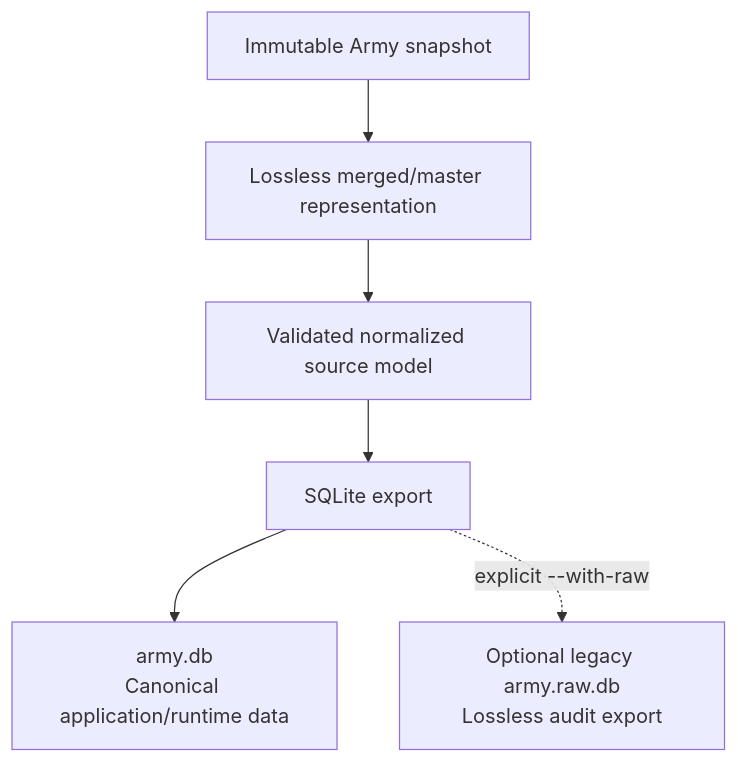
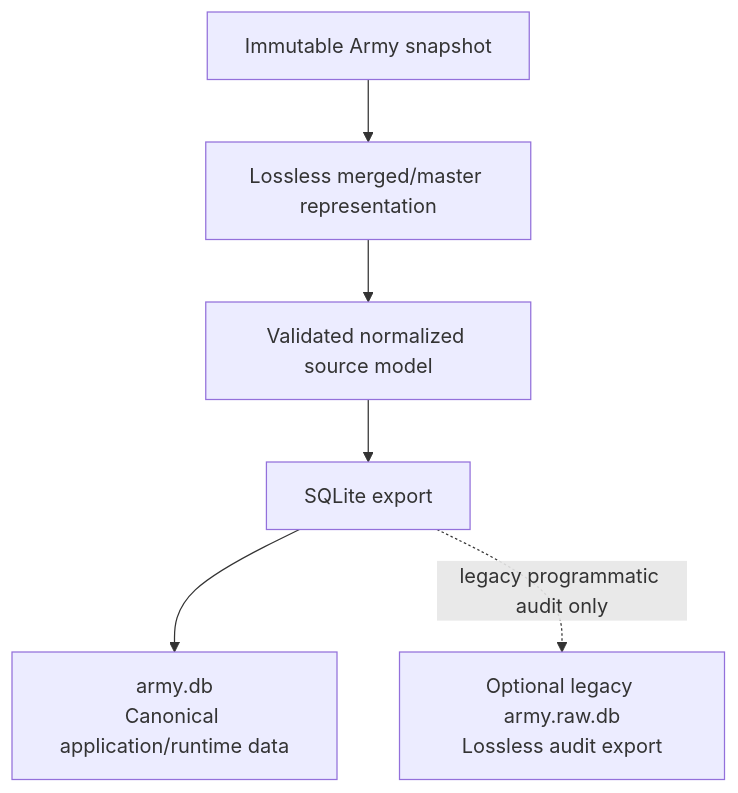
One commit to frankysan/InfinityDB changed the first of 2 diagrams in docs/data-model.md. Above: the diagram before and after it, drawn with Mermaid. The commit also changed 14 other files, not shown here.

Commit message:
refactor: retire raw sqlite cli interfaces and preserve audit parity

````diff
--- a/docs/data-model.md
+++ b/docs/data-model.md
@@ -29,15 +29,15 @@
 ```mermaid
 flowchart TD
     snapshot["Immutable Army snapshot"]
     master["Lossless merged/master representation"]
     normalized["Validated normalized source model"]
     export["SQLite export"]
     runtime["army.db<br/>Canonical application/runtime data"]
     archive["Optional legacy army.raw.db<br/>Lossless audit export"]
 
     snapshot --> master
     master --> normalized
     normalized --> export
     export --> runtime
-    export -.->|explicit --with-raw| archive
+    export -.->|legacy programmatic audit only| archive
 ```
````
